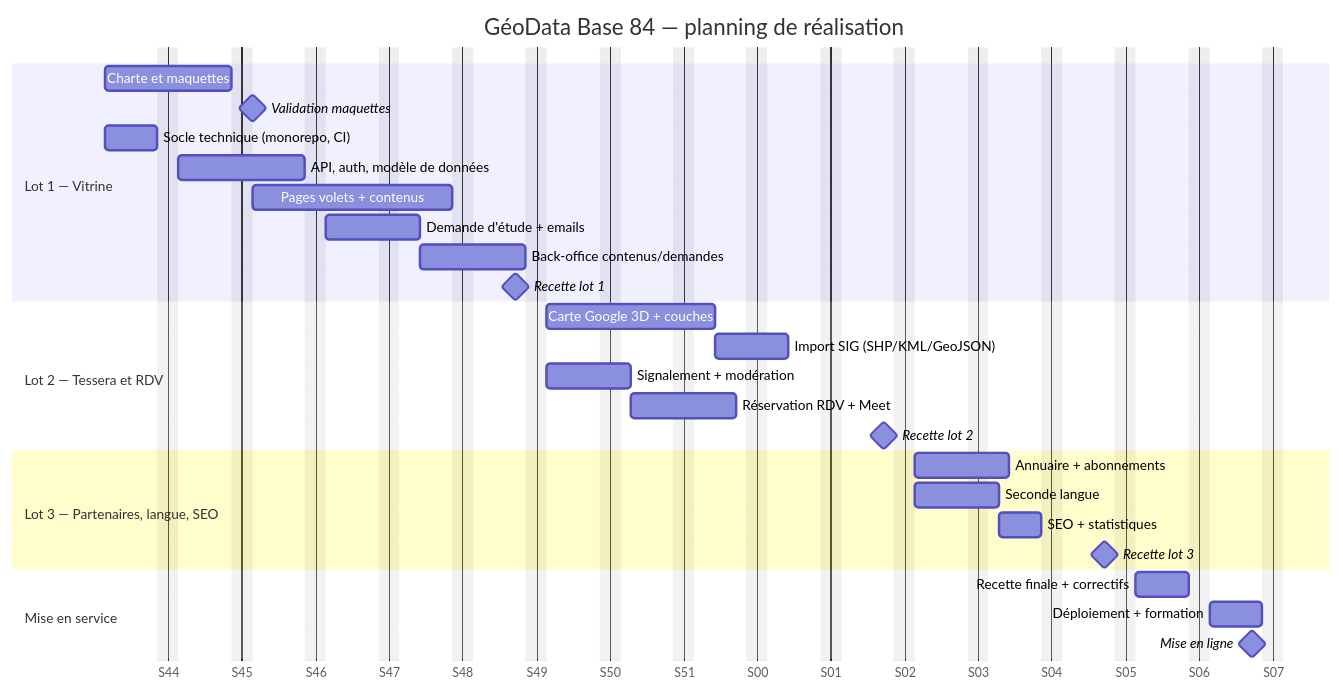
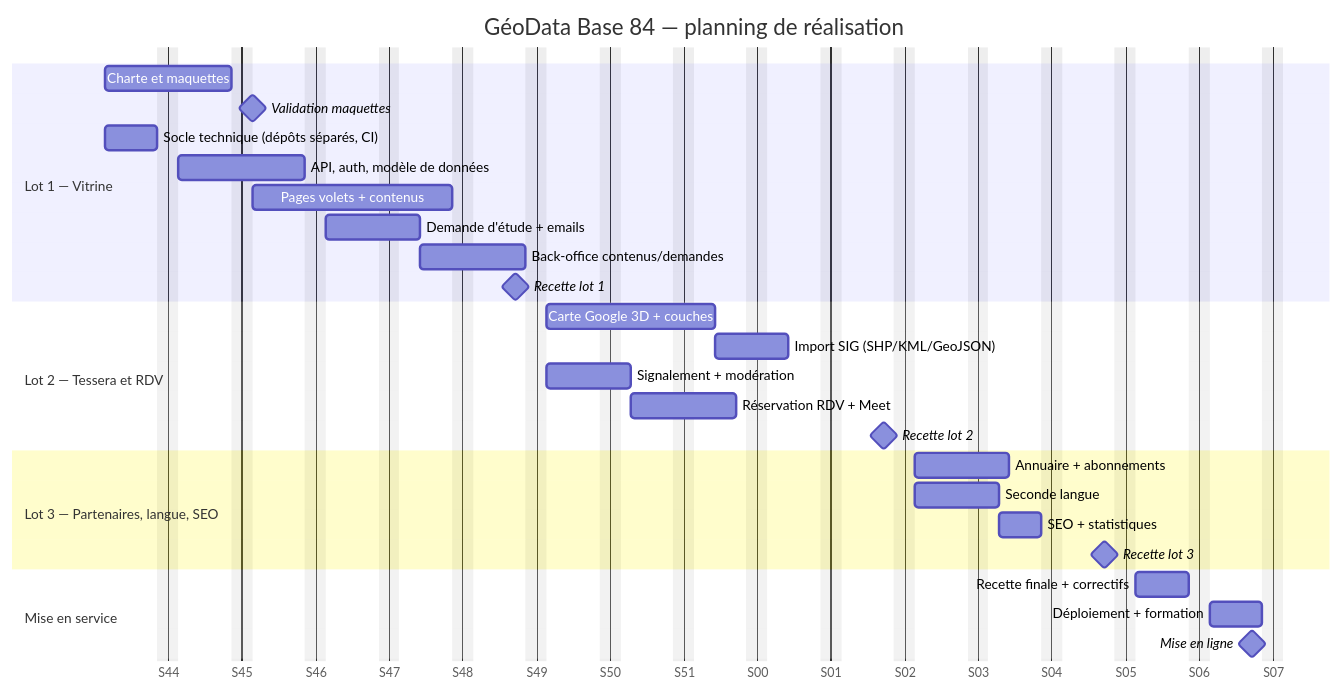
The first of 2 diagrams in docs/09-planning-lots.md (YasserCherfaoui/GeoDatabase84), drawn with Mermaid before and after one commit. The commit also changed 2 other files, not shown here.

Commit message:
docs: update architecture and planning documentation to reflect migration from monorepo to separate repositories

````diff
--- a/docs/09-planning-lots.md
+++ b/docs/09-planning-lots.md
@@ -7,35 +7,35 @@
 ```mermaid
 gantt
   title GéoData Base 84 — planning de réalisation
   dateFormat  YYYY-MM-DD
   axisFormat  S%W
   excludes    weekends
 
   section Lot 1 — Vitrine
   Charte et maquettes            :l1a, 2026-11-02, 10d
   Validation maquettes           :milestone, m1, after l1a, 0d
-  Socle technique (monorepo, CI) :l1b, 2026-11-02, 5d
+  Socle technique (dépôts séparés, CI) :l1b, 2026-11-02, 5d
   API, auth, modèle de données   :l1c, after l1b, 10d
   Pages volets + contenus        :l1d, after l1a, 15d
   Demande d'étude + emails       :l1e, after l1c, 7d
   Back-office contenus/demandes  :l1f, after l1e, 8d
   Recette lot 1                  :milestone, m2, 2026-12-11, 0d
 
   section Lot 2 — Tessera et RDV
   Carte Google 3D + couches      :l2a, 2026-12-14, 12d
   Import SIG (SHP/KML/GeoJSON)   :l2b, after l2a, 5d
   Signalement + modération       :l2c, 2026-12-14, 6d
   Réservation RDV + Meet         :l2d, after l2c, 8d
   Recette lot 2                  :milestone, m3, 2027-01-15, 0d
 
   section Lot 3 — Partenaires, langue, SEO
   Annuaire + abonnements         :l3a, 2027-01-18, 7d
   Seconde langue                 :l3b, 2027-01-18, 6d
   SEO + statistiques             :l3c, after l3b, 4d
   Recette lot 3                  :milestone, m4, 2027-02-05, 0d
 
   section Mise en service
   Recette finale + correctifs    :ms1, 2027-02-08, 5d
   Déploiement + formation        :ms2, after ms1, 5d
   Mise en ligne                  :milestone, m5, 2027-02-19, 0d
 ```
````
